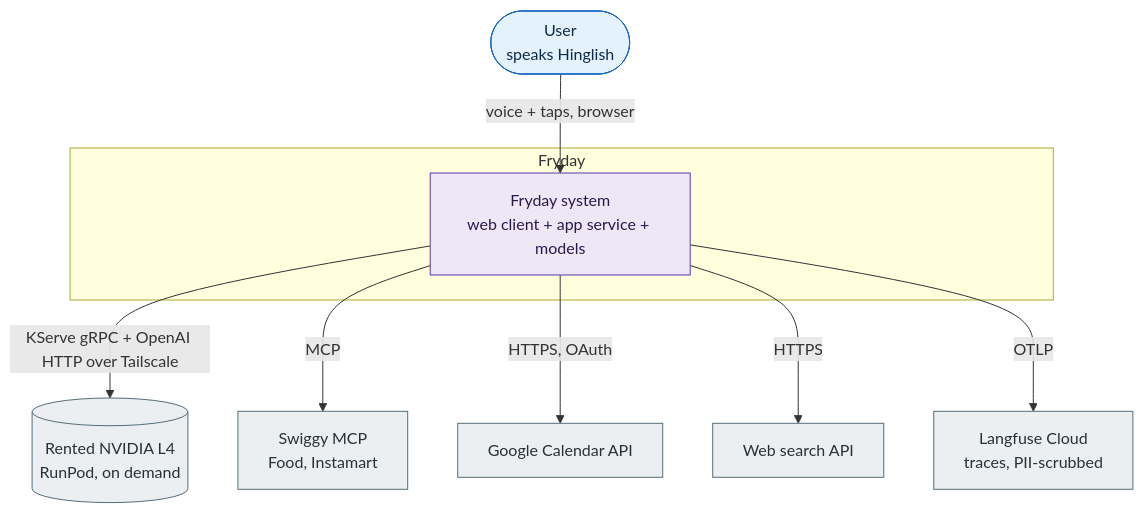
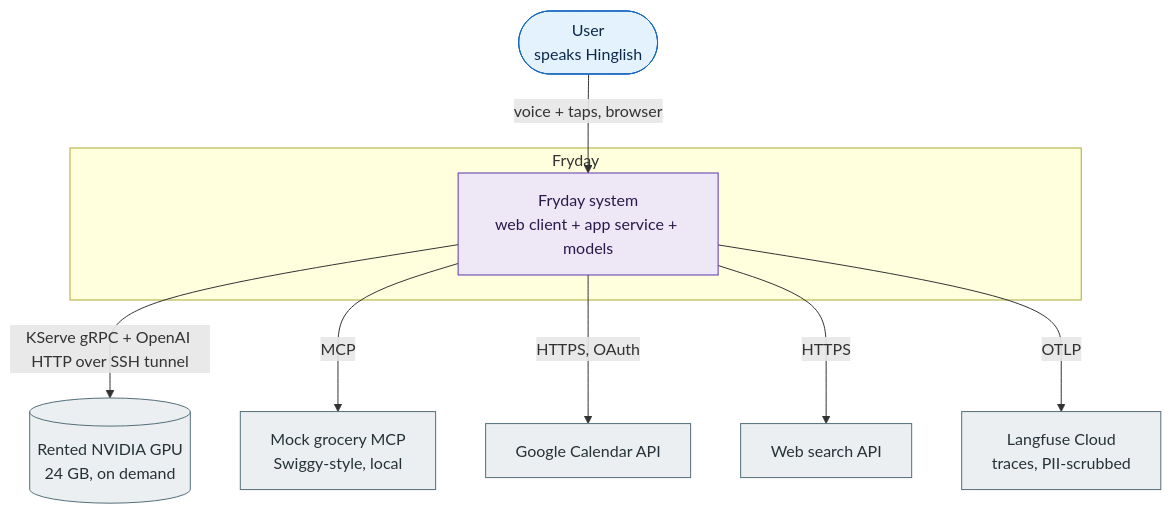
The second of 15 diagrams in docs/specs/2026-10-04-fryday-architecture.md (Analyst-Harsh/Fryday), drawn with Mermaid before and after one commit. The commit also changed other lines of this file and 17 other files, not shown here.

First line of the commit message:
docs: HLD v4 decisions and phased implementation roadmap

````diff
--- a/docs/specs/2026-10-04-fryday-architecture.md
+++ b/docs/specs/2026-10-04-fryday-architecture.md
@@ -198,26 +198,26 @@
 ```mermaid
 flowchart TB
     USER([User<br/>speaks Hinglish])
     subgraph FRY[Fryday]
         CORE[Fryday system<br/>web client + app service + models]
     end
-    GPU[(Rented NVIDIA L4<br/>RunPod, on demand)]
-    SWIGGY[Swiggy MCP<br/>Food, Instamart]
+    GPU[(Rented NVIDIA GPU<br/>24 GB, on demand)]
+    SWIGGY[Mock grocery MCP<br/>Swiggy-style, local]
     GCAL[Google Calendar API]
     SEARCH[Web search API]
     LF[Langfuse Cloud<br/>traces, PII-scrubbed]
 
     USER -->|voice + taps, browser| CORE
-    CORE -->|KServe gRPC + OpenAI HTTP over Tailscale| GPU
+    CORE -->|KServe gRPC + OpenAI HTTP over SSH tunnel| GPU
     CORE -->|MCP| SWIGGY
     CORE -->|HTTPS, OAuth| GCAL
     CORE -->|HTTPS| SEARCH
     CORE -->|OTLP| LF
 
     classDef person fill:#e3f2fd,stroke:#1565c0,color:#0d2a4a
     classDef sys fill:#ede7f6,stroke:#5e35b1,color:#2a1a4a
     classDef ext fill:#eceff1,stroke:#546e7a,color:#263238
     class USER person
     class CORE sys
     class GPU,SWIGGY,GCAL,SEARCH,LF ext
 ```
````
